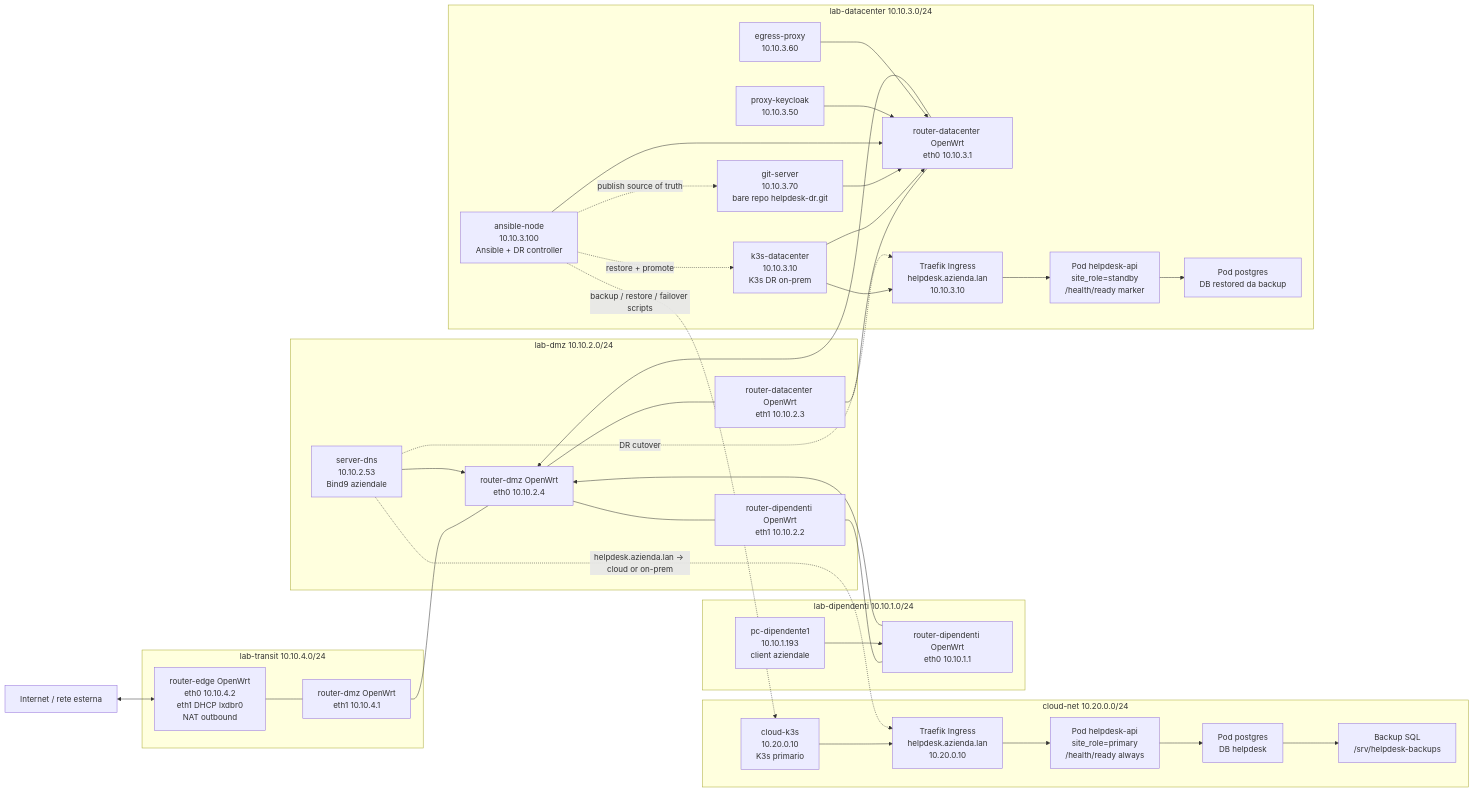
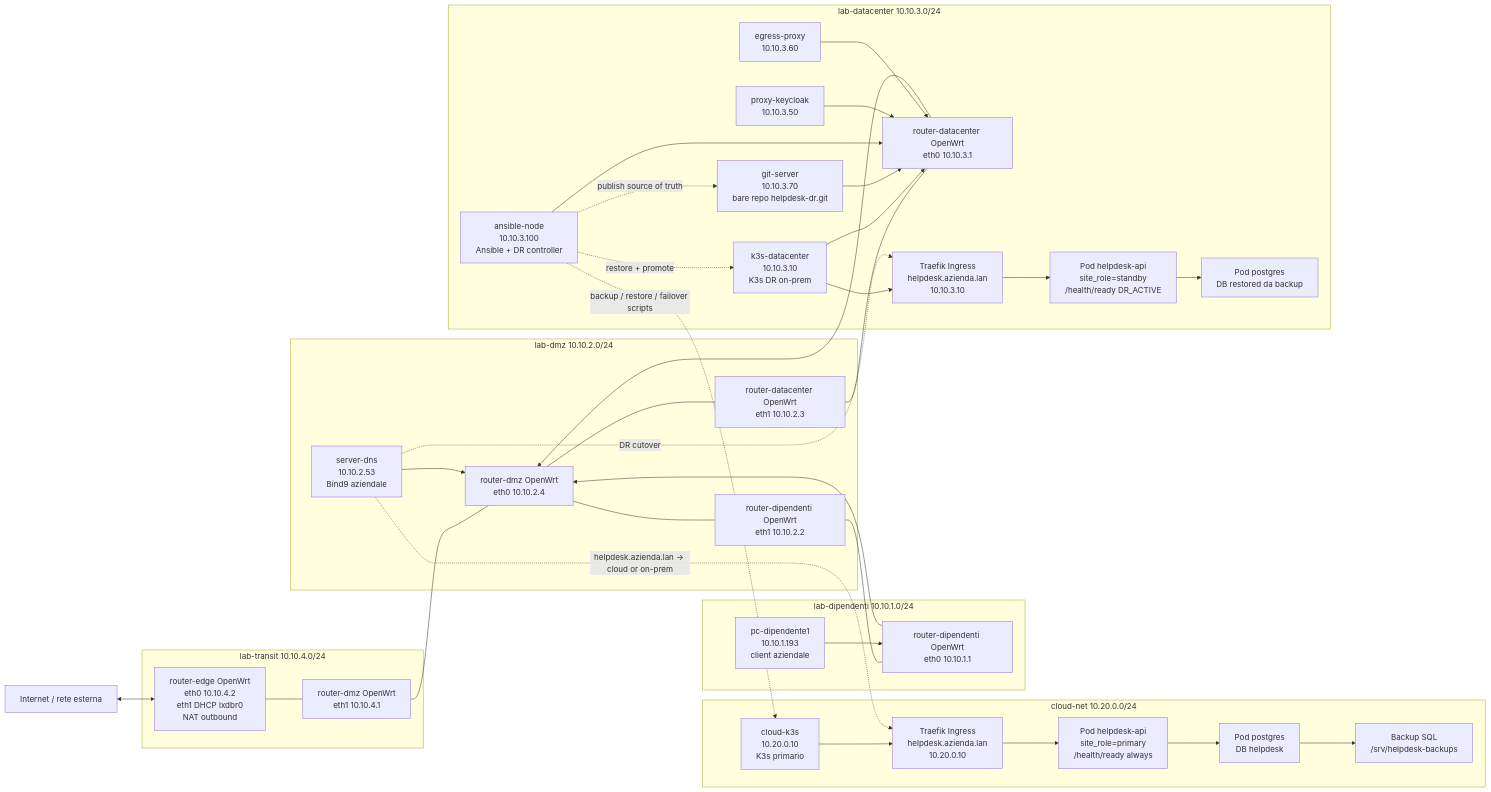
One commit to LucaCatalano23/MultiCloud-strategy---Reverse-DR changed the first of 4 diagrams in automazione/topologia-progetto.md. Above: the diagram before and after it, drawn with Mermaid. The commit also changed other lines of this file and 47 other files, not shown here.

````diff
--- a/automazione/topologia-progetto.md
+++ b/automazione/topologia-progetto.md
@@ -7,72 +9,72 @@
 ```mermaid
 flowchart LR
   internet["Internet / rete esterna"]
 
   subgraph cloudnet["cloud-net 10.20.0.0/24"]
     cloudk3s["cloud-k3s\n10.20.0.10\nK3s primario"]
     clouding["Traefik Ingress\nhelpdesk.azienda.lan\n10.20.0.10"]
     cloudapi["Pod helpdesk-api\nsite_role=primary\n/health/ready always"]
     cloudpg["Pod postgres\nDB helpdesk"]
     cloudbackup["Backup SQL\n/srv/helpdesk-backups"]
     cloudk3s --> clouding
     clouding --> cloudapi
     cloudapi --> cloudpg
     cloudpg --> cloudbackup
   end
 
   subgraph transit["lab-transit 10.10.4.0/24"]
     redge["router-edge OpenWrt\neth0 10.10.4.2\neth1 DHCP lxdbr0\nNAT outbound"]
     rdmz_t["router-dmz OpenWrt\neth1 10.10.4.1"]
   end
 
   subgraph dmz["lab-dmz 10.10.2.0/24"]
     rdmz["router-dmz OpenWrt\neth0 10.10.2.4"]
     rdip_d["router-dipendenti OpenWrt\neth1 10.10.2.2"]
     rdc_d["router-datacenter OpenWrt\neth1 10.10.2.3"]
     dns["server-dns\n10.10.2.53\nBind9 aziendale"]
   end
 
   subgraph dip["lab-dipendenti 10.10.1.0/24"]
     rdip["router-dipendenti OpenWrt\neth0 10.10.1.1"]
     pc1["pc-dipendente1\n10.10.1.193\nclient aziendale"]
   end
 
   subgraph dc["lab-datacenter 10.10.3.0/24"]
     rdc["router-datacenter OpenWrt\neth0 10.10.3.1"]
     onpremk3s["k3s-datacenter\n10.10.3.10\nK3s DR on-prem"]
     keycloak["proxy-keycloak\n10.10.3.50"]
     egress["egress-proxy\n10.10.3.60"]
     git["git-server\n10.10.3.70\nbare repo helpdesk-dr.git"]
     ansible["ansible-node\n10.10.3.100\nAnsible + DR controller"]
     onpreming["Traefik Ingress\nhelpdesk.azienda.lan\n10.10.3.10"]
-    onpremapi["Pod helpdesk-api\nsite_role=standby\n/health/ready marker"]
+    onpremapi["Pod helpdesk-api\nsite_role=standby\n/health/ready DR_ACTIVE"]
     onprempg["Pod postgres\nDB restored da backup"]
     onpremk3s --> onpreming
     onpreming --> onpremapi
     onpremapi --> onprempg
   end
 
   internet <--> redge
   redge --- rdmz_t
   rdmz_t --- rdmz
   rdmz --- rdip_d
   rdmz --- rdc_d
   rdip_d --- rdip
   rdc_d --- rdc
 
   pc1 --> rdip
   rdip --> rdmz
   rdc --> rdmz
   onpremk3s --> rdc
   git --> rdc
   ansible --> rdc
   keycloak --> rdc
   egress --> rdc
   dns --> rdmz
 
   ansible -. "publish source of truth" .-> git
   ansible -. "backup / restore / failover scripts" .-> cloudk3s
   ansible -. "restore + promote" .-> onpremk3s
   dns -. "helpdesk.azienda.lan -> cloud or on-prem" .-> clouding
   dns -. "DR cutover" .-> onpreming
 ```
````
